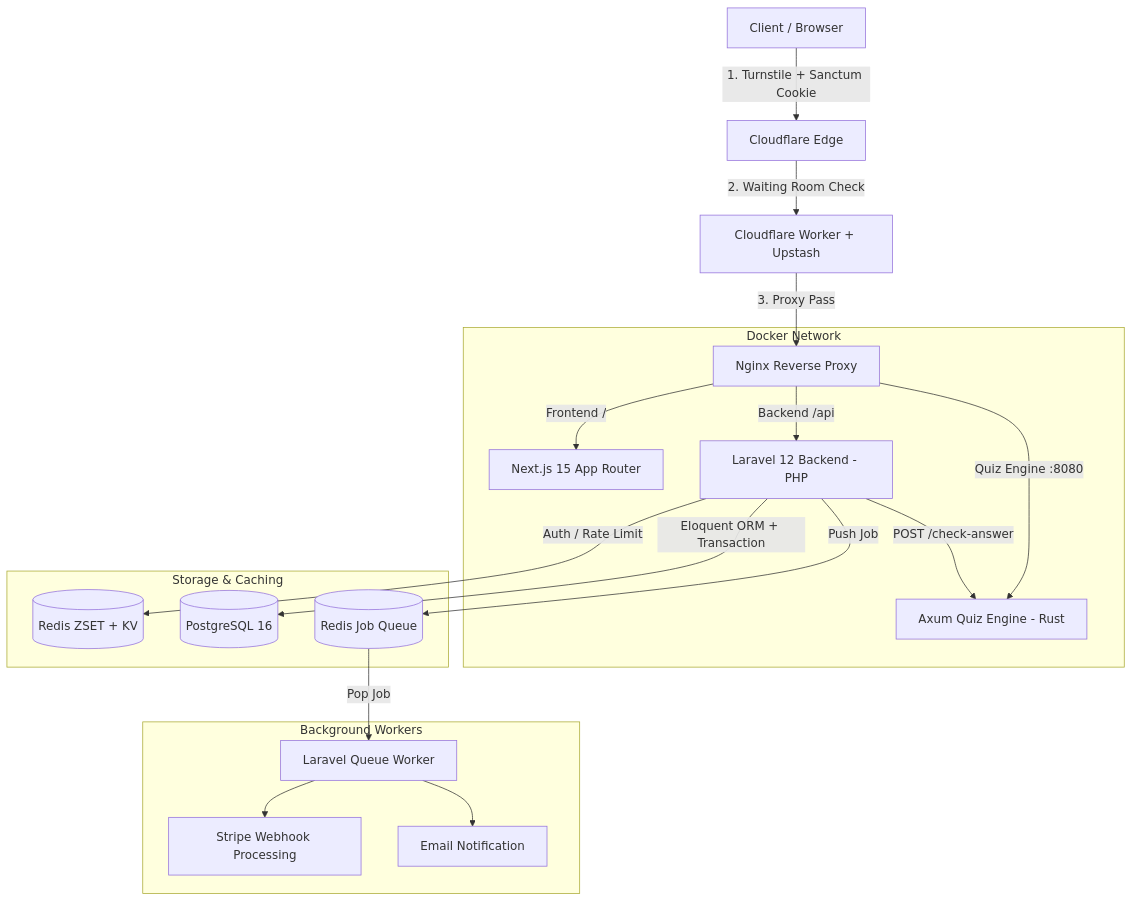
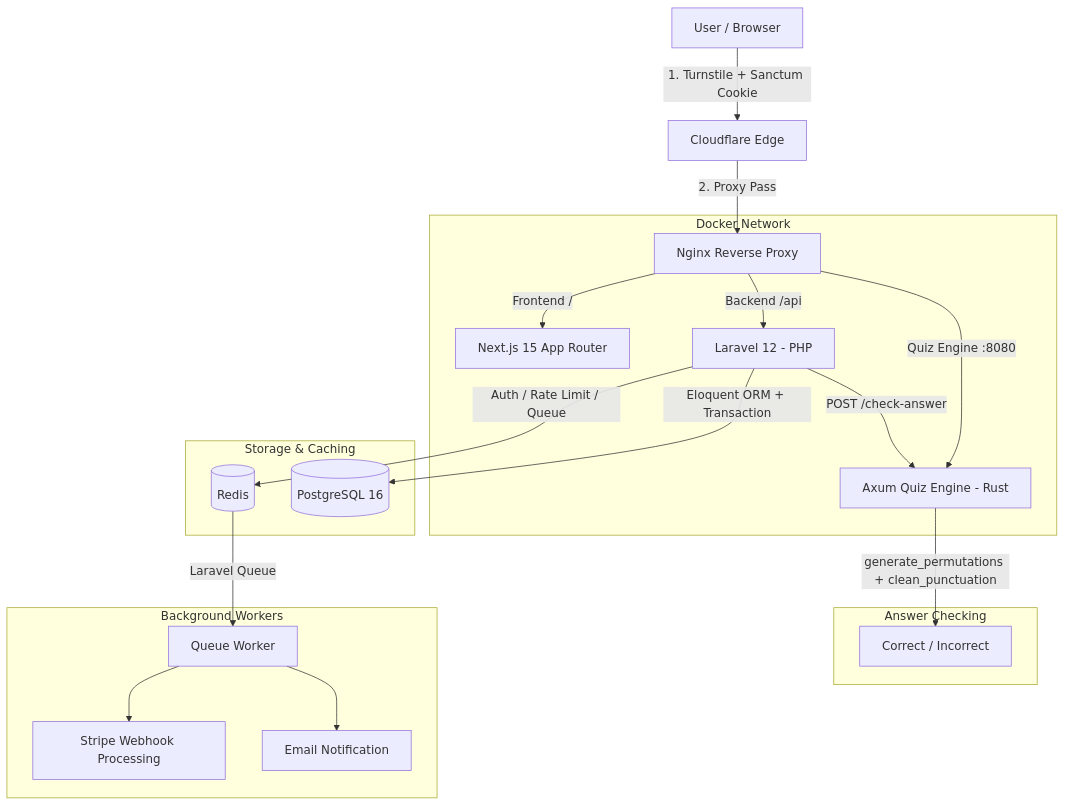
The first of 3 diagrams in README.md (muhammadkmal27/vocabulary), drawn with Mermaid before and after one commit. The commit also changed other lines of this file, not shown here.

Commit message:
docs: align README.md with 10-section Fasa 1 standard

````diff
--- a/README.md
+++ b/README.md
@@ -94,31 +94,27 @@
 ```mermaid
 graph TD
-    Client[Client / Browser]
-    
-    Client -->|1. Turnstile + Sanctum Cookie| CF[Cloudflare Edge]
-    
-    CF -->|2. Waiting Room Check| WorkerNode[Cloudflare Worker + Upstash]
-    
-    WorkerNode -->|3. Proxy Pass| Nginx[Nginx Reverse Proxy]
+    Client[User / Browser] -->|1. Turnstile + Sanctum Cookie| CF[Cloudflare Edge]
+    CF -->|2. Proxy Pass| Nginx[Nginx Reverse Proxy]
 
     subgraph Docker Network
         Nginx -->|Frontend /| NextJS[Next.js 15 App Router]
-        Nginx -->|Backend /api| Laravel[Laravel 12 Backend - PHP]
+        Nginx -->|Backend /api| Laravel[Laravel 12 - PHP]
         Nginx -->|Quiz Engine :8080| Rust[Axum Quiz Engine - Rust]
     end
 
     subgraph Storage & Caching
-        Laravel -->|Auth / Rate Limit| RedisKV[(Redis ZSET + KV)]
+        Laravel -->|Auth / Rate Limit / Queue| Redis[(Redis)]
         Laravel -->|Eloquent ORM + Transaction| Postgres[(PostgreSQL 16)]
-        Laravel -->|Push Job| RedisQueue[(Redis Job Queue)]
     end
-    
-    Laravel -->|POST /check-answer| Rust
 
-    RedisQueue -->|Pop Job| BackgroundWorker
+    subgraph Answer Checking
+        Laravel -->|POST /check-answer| Rust
+        Rust -->|generate_permutations + clean_punctuation| Result[Correct / Incorrect]
+    end
 
     subgraph Background Workers
-        BackgroundWorker[Laravel Queue Worker] --> Stripe[Stripe Webhook Processing]
-        BackgroundWorker --> Email[Email Notification]
+        Redis -->|Laravel Queue| Worker[Queue Worker]
+        Worker --> Stripe[Stripe Webhook Processing]
+        Worker --> SMTP[Email Notification]
     end
 ```
````
